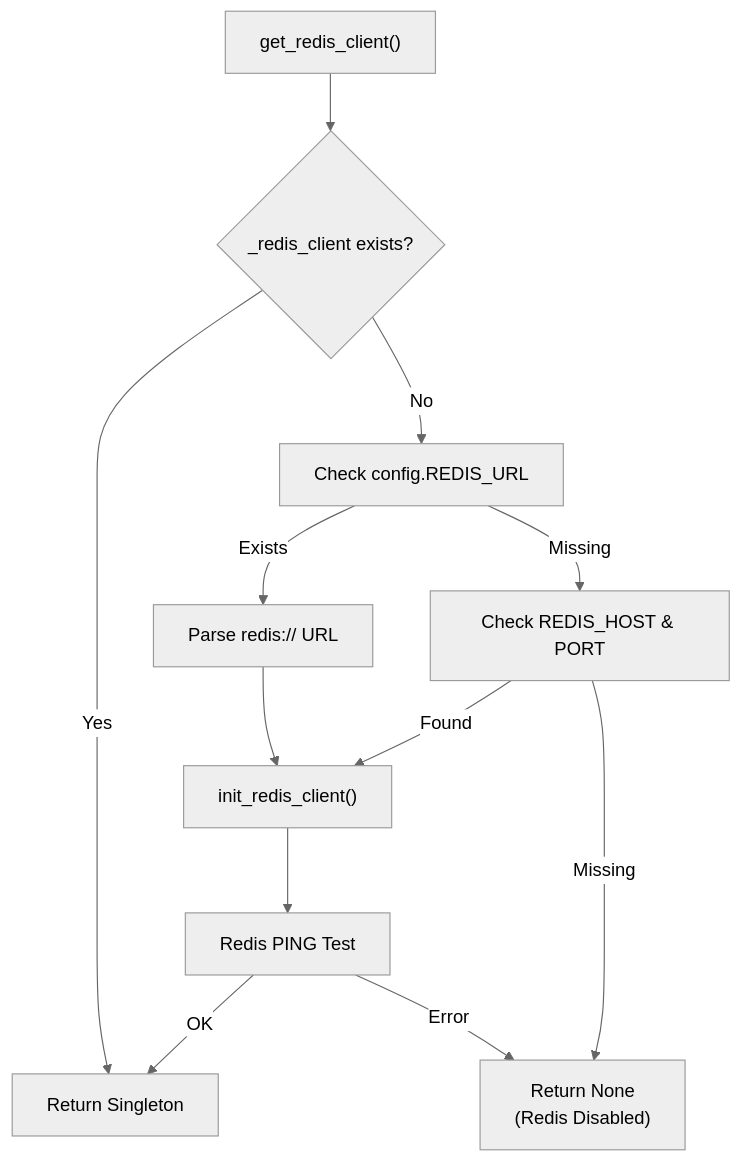
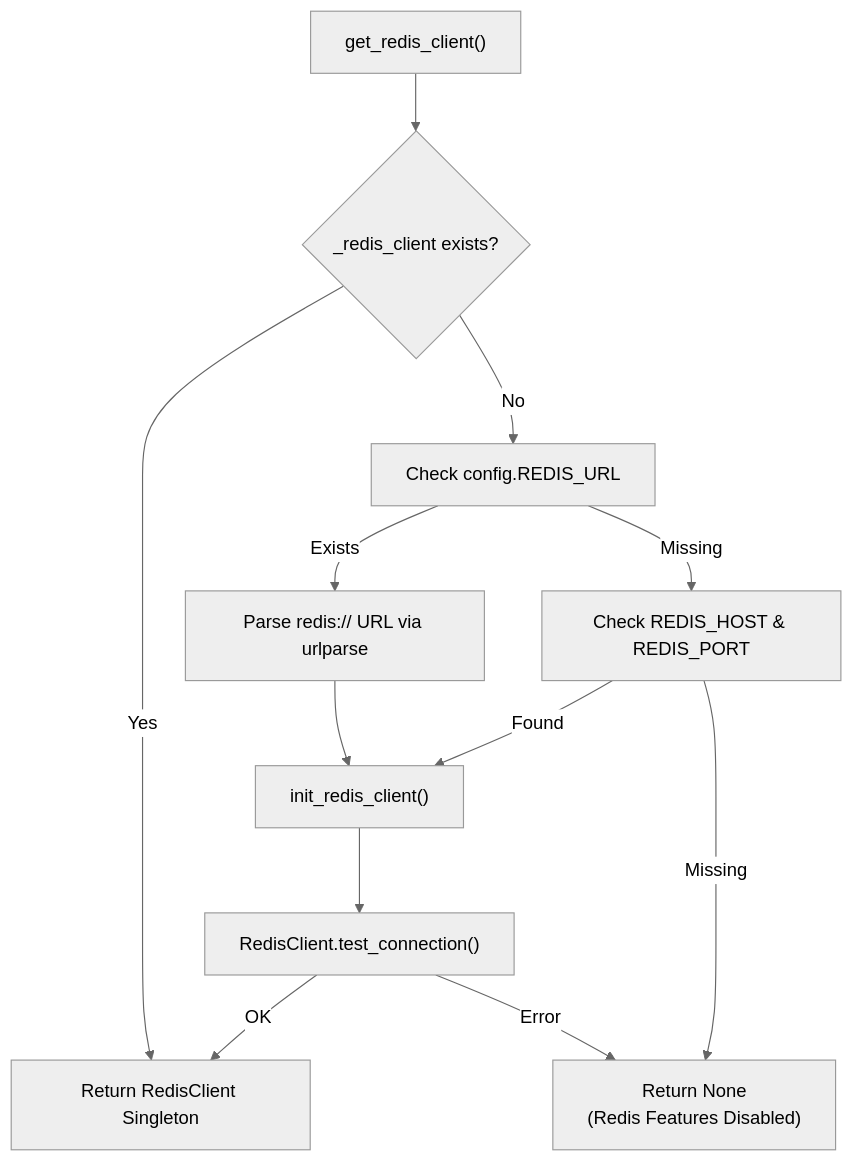
Before and after one commit to AutomatosAI/automatos-ai: the first of 2 diagrams in docs/deployment-infrastructure/redis-configuration.md, drawn with Mermaid (neutral theme). The commit also changed other lines of this file and 153 other files, not shown here.

````diff
--- a/docs/deployment-infrastructure/redis-configuration.md
+++ b/docs/deployment-infrastructure/redis-configuration.md
@@ -58,24 +55,24 @@
 ```mermaid
 flowchart TD
     Start["get_redis_client()"]
     CheckInit{"_redis_client exists?"}
     LoadURL["Check config.REDIS_URL"]
-    ParseURL["Parse redis:// URL"]
-    LoadParts["Check REDIS_HOST & PORT"]
+    ParseURL["Parse redis:// URL via urlparse"]
+    LoadParts["Check REDIS_HOST & REDIS_PORT"]
     InitClient["init_redis_client()"]
-    TestConn["Redis PING Test"]
-    Success["Return Singleton"]
-    Fail["Return None<br/>(Redis Disabled)"]
+    TestConn["RedisClient.test_connection()"]
+    Success["Return RedisClient Singleton"]
+    Fail["Return None<br/>(Redis Features Disabled)"]
 
     Start --> CheckInit
     CheckInit -->|"Yes"| Success
     CheckInit -->|"No"| LoadURL
     LoadURL -->|"Exists"| ParseURL
     LoadURL -->|"Missing"| LoadParts
     ParseURL --> InitClient
     LoadParts -->|"Found"| InitClient
     LoadParts -->|"Missing"| Fail
     InitClient --> TestConn
     TestConn -->|"OK"| Success
     TestConn -->|"Error"| Fail
 ```
````
